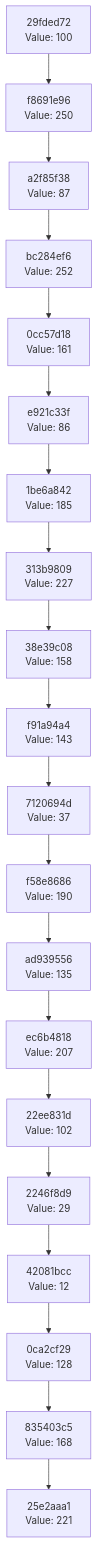
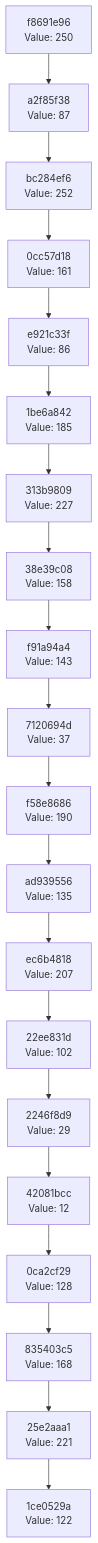
One commit to Abhisheksinha1506/hash-chain-evolver changed the diagram in docs/CHAIN_VISUALIZATION.md. Above: the diagram before and after it, drawn with Mermaid. The commit also changed 3 other files, not shown here.

````diff
--- a/docs/CHAIN_VISUALIZATION.md
+++ b/docs/CHAIN_VISUALIZATION.md
@@ -3,42 +3,42 @@
 ```mermaid
 graph TD
-    C0["25e2aaa1<br/>Value: 221"]
-    C1["835403c5<br/>Value: 168"]
+    C0["1ce0529a<br/>Value: 122"]
+    C1["25e2aaa1<br/>Value: 221"]
     C1 --> C0
-    C2["0ca2cf29<br/>Value: 128"]
+    C2["835403c5<br/>Value: 168"]
     C2 --> C1
-    C3["42081bcc<br/>Value: 12"]
+    C3["0ca2cf29<br/>Value: 128"]
     C3 --> C2
-    C4["2246f8d9<br/>Value: 29"]
+    C4["42081bcc<br/>Value: 12"]
     C4 --> C3
-    C5["22ee831d<br/>Value: 102"]
+    C5["2246f8d9<br/>Value: 29"]
     C5 --> C4
-    C6["ec6b4818<br/>Value: 207"]
+    C6["22ee831d<br/>Value: 102"]
     C6 --> C5
-    C7["ad939556<br/>Value: 135"]
+    C7["ec6b4818<br/>Value: 207"]
     C7 --> C6
-    C8["f58e8686<br/>Value: 190"]
+    C8["ad939556<br/>Value: 135"]
     C8 --> C7
-    C9["7120694d<br/>Value: 37"]
+    C9["f58e8686<br/>Value: 190"]
     C9 --> C8
-    C10["f91a94a4<br/>Value: 143"]
+    C10["7120694d<br/>Value: 37"]
     C10 --> C9
-    C11["38e39c08<br/>Value: 158"]
+    C11["f91a94a4<br/>Value: 143"]
     C11 --> C10
-    C12["313b9809<br/>Value: 227"]
+    C12["38e39c08<br/>Value: 158"]
     C12 --> C11
-    C13["1be6a842<br/>Value: 185"]
+    C13["313b9809<br/>Value: 227"]
     C13 --> C12
-    C14["e921c33f<br/>Value: 86"]
+    C14["1be6a842<br/>Value: 185"]
     C14 --> C13
-    C15["0cc57d18<br/>Value: 161"]
+    C15["e921c33f<br/>Value: 86"]
     C15 --> C14
-    C16["bc284ef6<br/>Value: 252"]
+    C16["0cc57d18<br/>Value: 161"]
     C16 --> C15
-    C17["a2f85f38<br/>Value: 87"]
+    C17["bc284ef6<br/>Value: 252"]
     C17 --> C16
-    C18["f8691e96<br/>Value: 250"]
+    C18["a2f85f38<br/>Value: 87"]
     C18 --> C17
-    C19["29fded72<br/>Value: 100"]
+    C19["f8691e96<br/>Value: 250"]
     C19 --> C18
 ```
````
